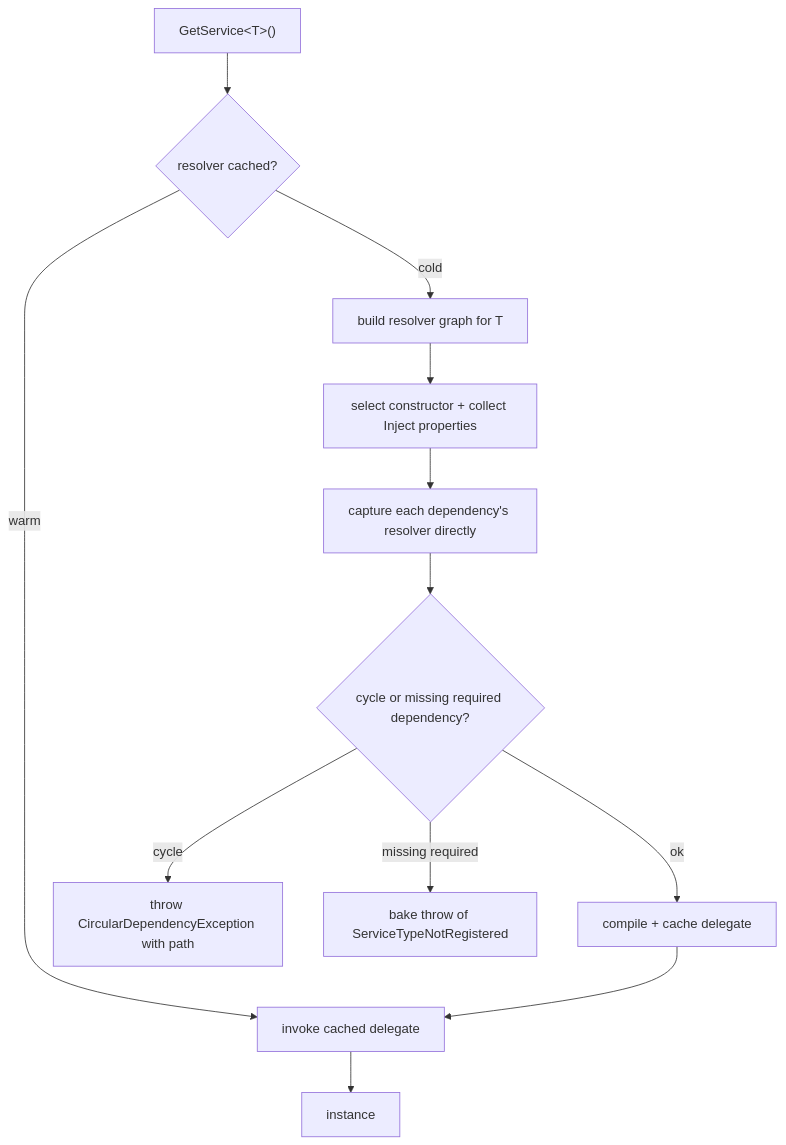
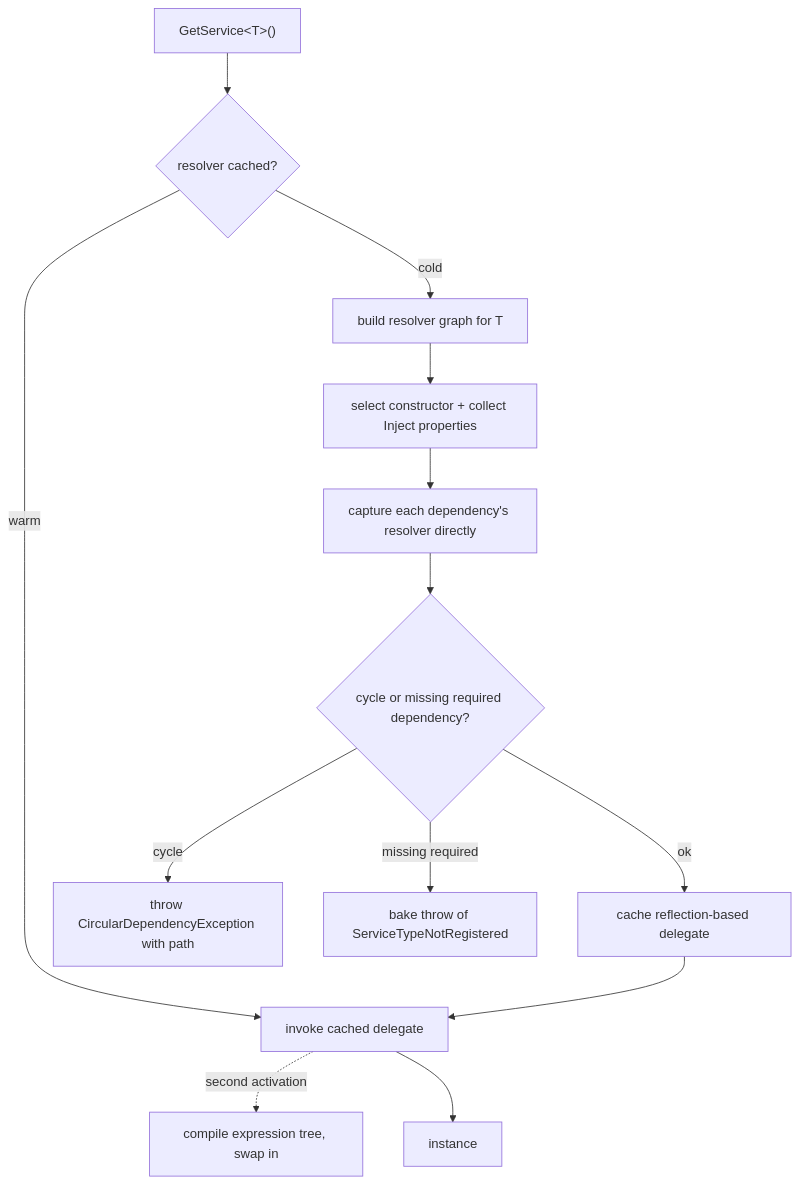
One commit to snowberry-software/Snowberry.DependencyInjection changed the first of 2 diagrams in docs/ARCHITECTURE.md. Above: the diagram before and after it, drawn with Mermaid. The commit also changed other lines of this file and 89 other files, not shown here.

````diff
--- a/docs/ARCHITECTURE.md
+++ b/docs/ARCHITECTURE.md
@@ -17,14 +24,15 @@
 ```mermaid
 flowchart TD
     A["GetService&lt;T&gt;()"] --> B{"resolver cached?"}
     B -->|warm| C["invoke cached delegate"]
     B -->|cold| D["build resolver graph for T"]
     D --> E["select constructor + collect Inject properties"]
     E --> F["capture each dependency's resolver directly"]
     F --> G{"cycle or missing required dependency?"}
     G -->|cycle| H["throw CircularDependencyException with path"]
     G -->|missing required| I["bake throw of ServiceTypeNotRegistered"]
-    G -->|ok| J["compile + cache delegate"]
+    G -->|ok| J["cache reflection-based delegate"]
     J --> C
+    C -.->|second activation| L["compile expression tree, swap in"]
     C --> K["instance"]
 ```
````
